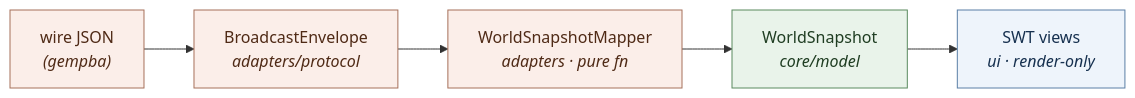
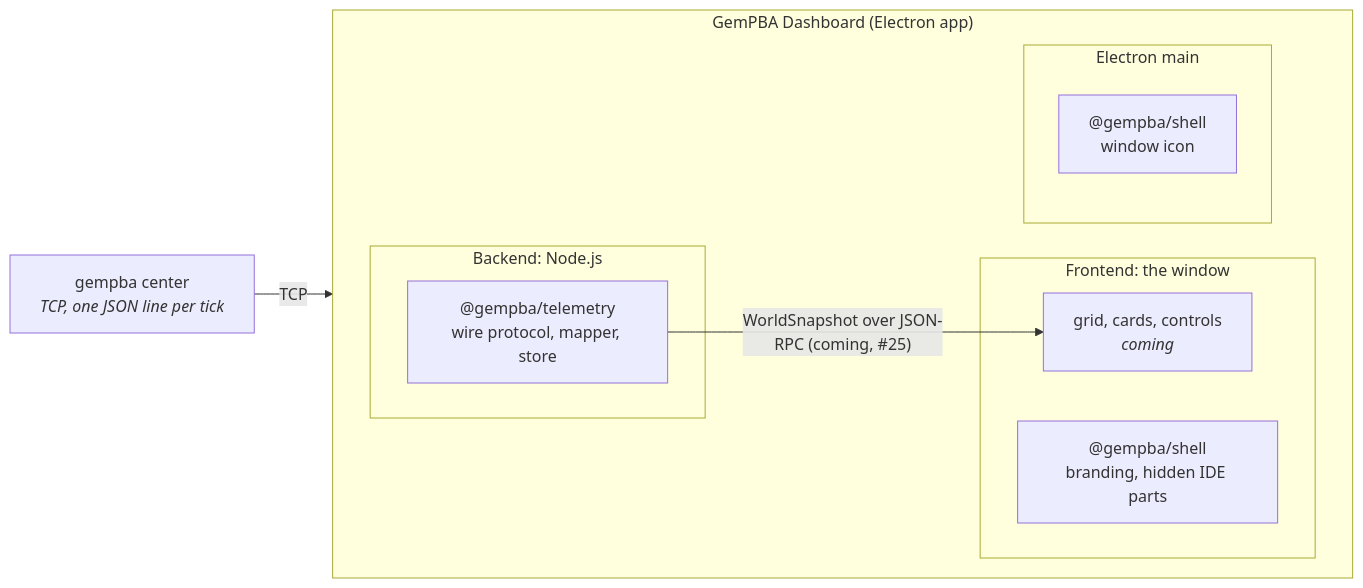
The first of 2 diagrams in ARCHITECTURE.md (rapastranac/gempba-dashboard), drawn with Mermaid before and after one commit. The commit also changed other lines of this file, not shown here.

First line of the commit message:
#23 Rewrite ARCHITECTURE.md for the Theia architecture

````diff
--- a/ARCHITECTURE.md
+++ b/ARCHITECTURE.md
@@ -101,17 +33,19 @@
 ```mermaid
 flowchart LR
-    json["wire JSON<br/><i>(gempba)</i>"]
-    env["BroadcastEnvelope<br/><i>adapters/protocol</i>"]
-    mapper["WorldSnapshotMapper<br/><i>adapters · pure fn</i>"]
-    model["WorldSnapshot<br/><i>core/model</i>"]
-    views["SWT views<br/><i>ui · render-only</i>"]
-
-    json --> env --> mapper --> model --> views
-
-    classDef wire fill:#fbeee9,stroke:#a6705a,color:#4f2a16;
-    classDef core fill:#e9f3ea,stroke:#5a8a5f,color:#1f3d22;
-    classDef view fill:#eef4fb,stroke:#5a7fa6,color:#16304f;
-    class json,env,mapper wire;
-    class model core;
-    class views view;
+    gempba["gempba center<br/><i>TCP, one JSON line per tick</i>"]
+    subgraph app["GemPBA Dashboard (Electron app)"]
+        direction LR
+        subgraph backend["Backend: Node.js"]
+            telemetry["@gempba/telemetry<br/>wire protocol, mapper, store"]
+        end
+        subgraph frontend["Frontend: the window"]
+            shellUi["@gempba/shell<br/>branding, hidden IDE parts"]
+            views["grid, cards, controls<br/><i>coming</i>"]
+        end
+        subgraph main["Electron main"]
+            shellMain["@gempba/shell<br/>window icon"]
+        end
+    end
+    gempba -->|TCP| telemetry
+    telemetry -->|"WorldSnapshot over JSON-RPC (coming, #25)"| views
 ```
````
